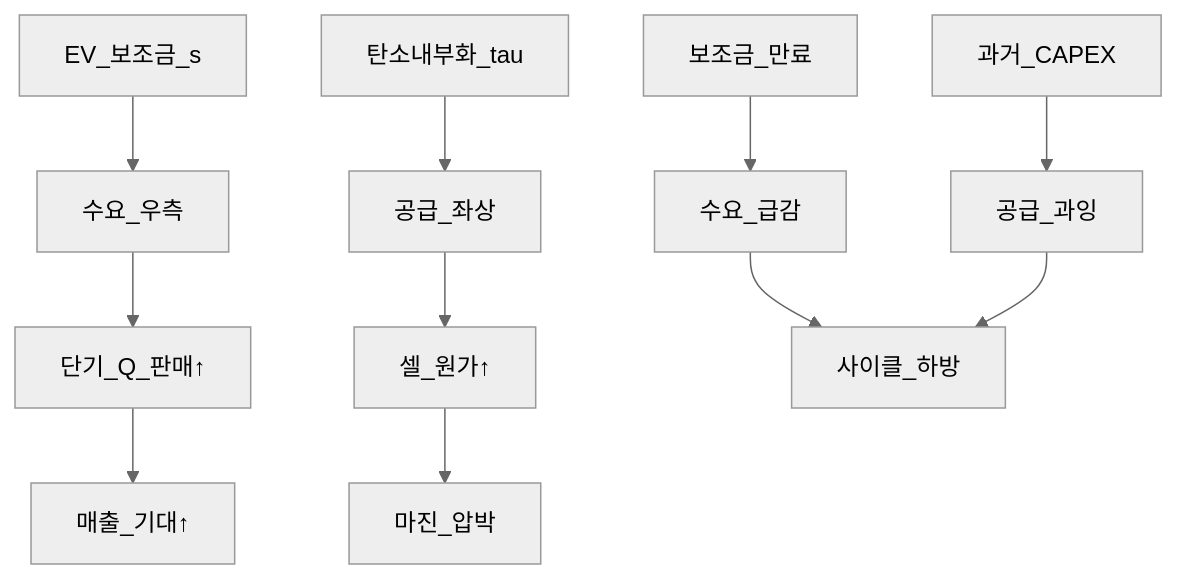
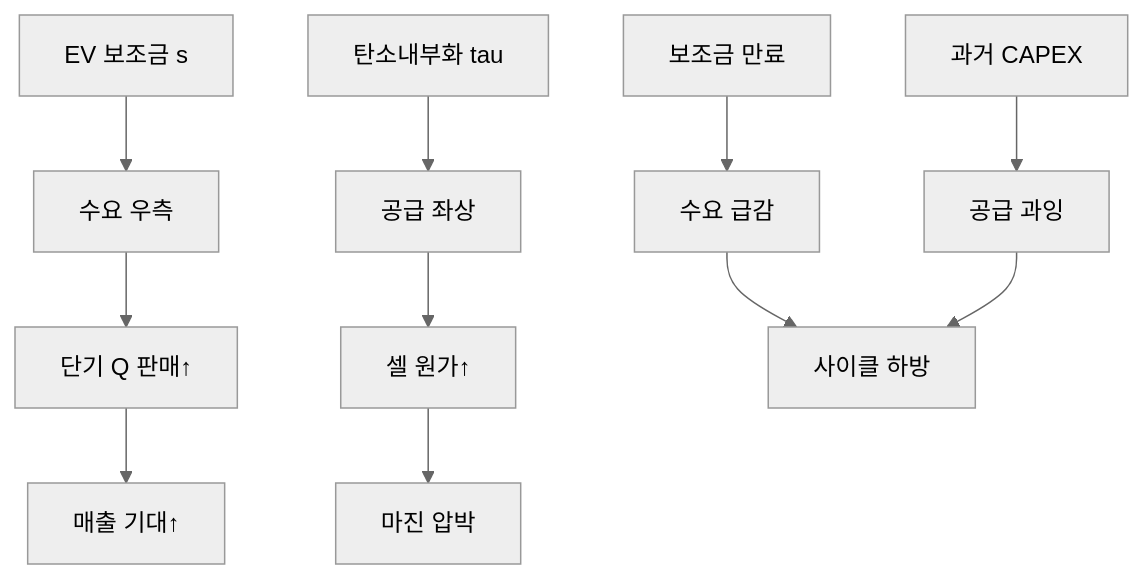
The fourth of 4 diagrams in 02-economics/micro-04-welfare-externalities.md (goldanghenry/Finances), drawn with Mermaid (neutral theme) before and after one commit. The commit also changed other lines of this file and 211 other files, not shown here.

````diff
--- a/02-economics/micro-04-welfare-externalities.md
+++ b/02-economics/micro-04-welfare-externalities.md
@@ -341,13 +357,13 @@
 ```mermaid
 flowchart TD
-  Sub[EV_보조금_s] --> Dshift[수요_우측]
-  Carb[탄소내부화_tau] --> Sshift[공급_좌상]
-  Dshift --> Qup[단기_Q_판매↑]
-  Sshift --> Cost[셀_원가↑]
-  Qup --> Rev[매출_기대↑]
-  Cost --> Margin[마진_압박]
-  Expire[보조금_만료] --> Qdown[수요_급감]
-  Capex[과거_CAPEX] --> Oversupply[공급_과잉]
-  Qdown --> Cycle[사이클_하방]
+  Sub["EV 보조금 s"] --> Dshift["수요 우측"]
+  Carb["탄소내부화 tau"] --> Sshift["공급 좌상"]
+  Dshift --> Qup["단기 Q 판매↑"]
+  Sshift --> Cost["셀 원가↑"]
+  Qup --> Rev["매출 기대↑"]
+  Cost --> Margin["마진 압박"]
+  Expire["보조금 만료"] --> Qdown["수요 급감"]
+  Capex["과거 CAPEX"] --> Oversupply["공급 과잉"]
+  Qdown --> Cycle["사이클 하방"]
   Oversupply --> Cycle
 ```
````
